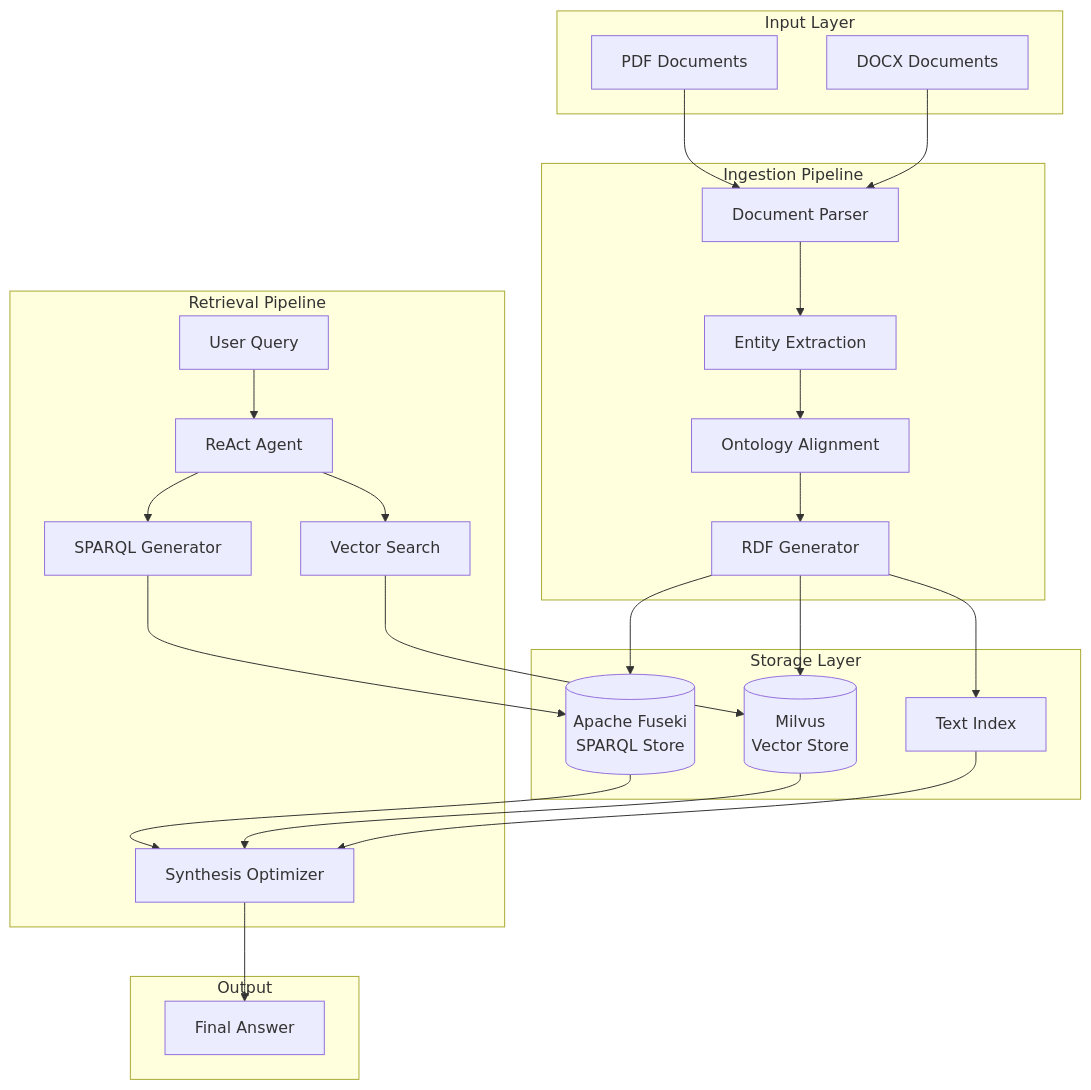
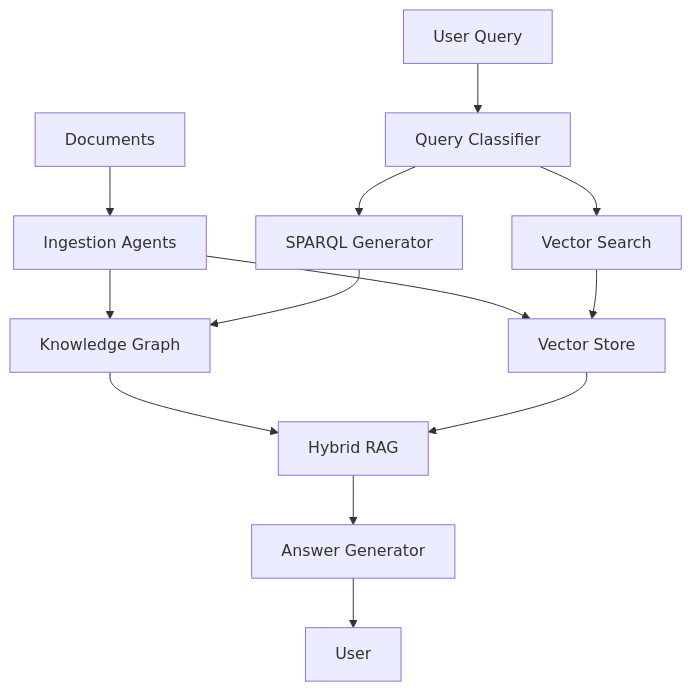
Before and after one commit to raghavginfocus/localcontractan: the diagram in docs/index.md, drawn with Mermaid. The commit also changed other lines of this file and 261 other files, not shown here.

````diff
--- a/docs/index.md
+++ b/docs/index.md
@@ -69,51 +82,15 @@
 ```mermaid
 graph TB
-    subgraph "Input Layer"
-        PDF[PDF Documents]
-        DOCX[DOCX Documents]
-    end
-    
-    subgraph "Ingestion Pipeline"
-        Parser[Document Parser]
-        EntityExt[Entity Extraction]
-        OntAlign[Ontology Alignment]
-        RDFGen[RDF Generator]
-    end
-    
-    subgraph "Storage Layer"
-        Fuseki[(Apache Fuseki<br/>SPARQL Store)]
-        Milvus[(Milvus<br/>Vector Store)]
-        TextIdx[Text Index]
-    end
-    
-    subgraph "Retrieval Pipeline"
-        Query[User Query]
-        ReAct[ReAct Agent]
-        SPARQL[SPARQL Generator]
-        Vector[Vector Search]
-        Synthesis[Synthesis Optimizer]
-    end
-    
-    subgraph "Output"
-        Answer[Final Answer]
-    end
-    
-    PDF --> Parser
-    DOCX --> Parser
-    Parser --> EntityExt
-    EntityExt --> OntAlign
-    OntAlign --> RDFGen
-    RDFGen --> Fuseki
-    RDFGen --> Milvus
-    RDFGen --> TextIdx
-    
-    Query --> ReAct
-    ReAct --> SPARQL
-    ReAct --> Vector
-    SPARQL --> Fuseki
-    Vector --> Milvus
-    Fuseki --> Synthesis
-    Milvus --> Synthesis
-    TextIdx --> Synthesis
-    Synthesis --> Answer
+    A[Documents] --> B[Ingestion Agents]
+    B --> C[Knowledge Graph]
+    B --> D[Vector Store]
+    E[User Query] --> F[Query Classifier]
+    F --> G[SPARQL Generator]
+    F --> H[Vector Search]
+    G --> C
+    H --> D
+    C --> I[Hybrid RAG]
+    D --> I
+    I --> J[Answer Generator]
+    J --> K[User]
 ```
````
